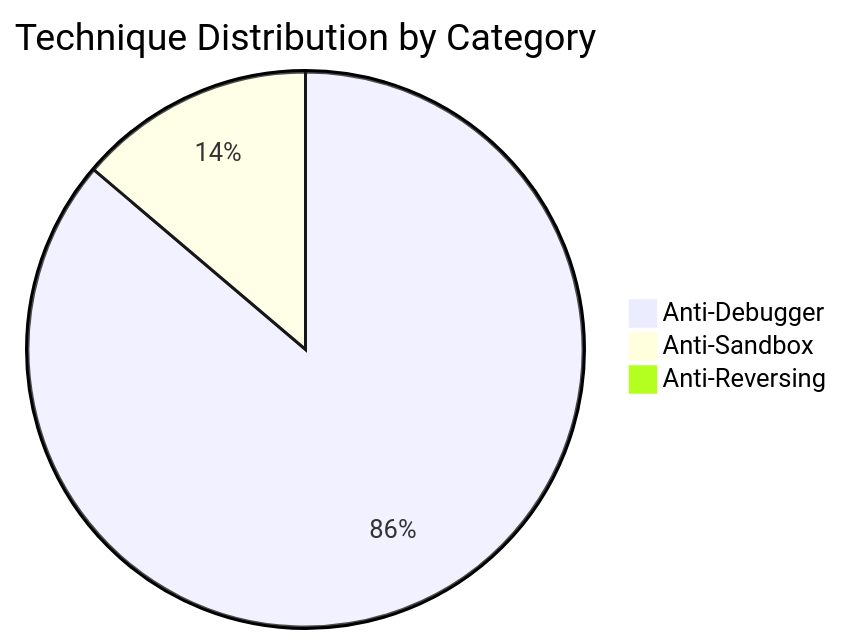
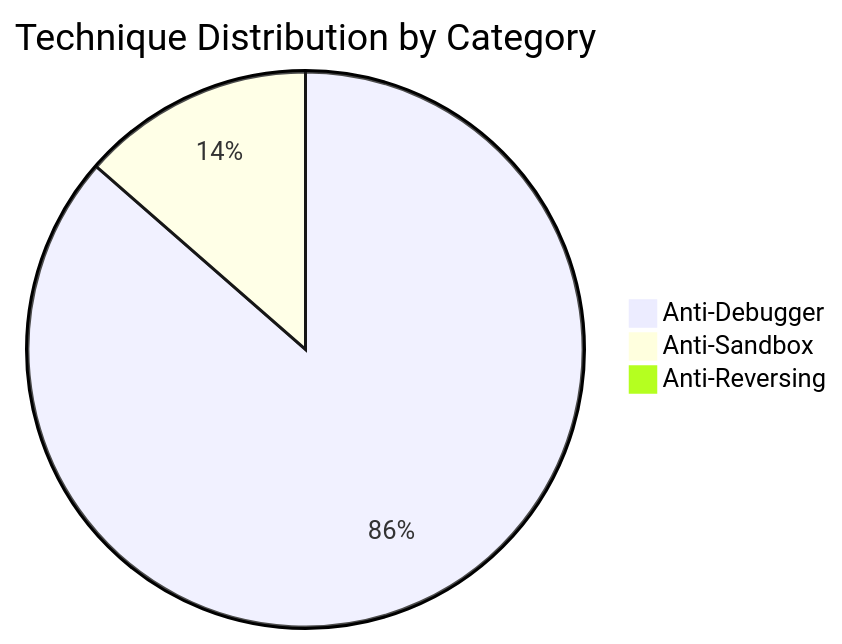
Before and after one commit to mabj/anti: the second of 8 diagrams in docs/diagrams/taxonomy.md, drawn with Mermaid. The commit also changed other lines of this file and 7 other files, not shown here.

Commit message:
Adding new anti-debugger technique AD051.

````diff
--- a/docs/diagrams/taxonomy.md
+++ b/docs/diagrams/taxonomy.md
@@ -34,6 +34,6 @@
 ```mermaid
 pie title Technique Distribution by Category
-    "Anti-Debugger" : 50
+    "Anti-Debugger" : 51
     "Anti-Sandbox" : 8
     "Anti-Reversing" : 0
 ```
````
